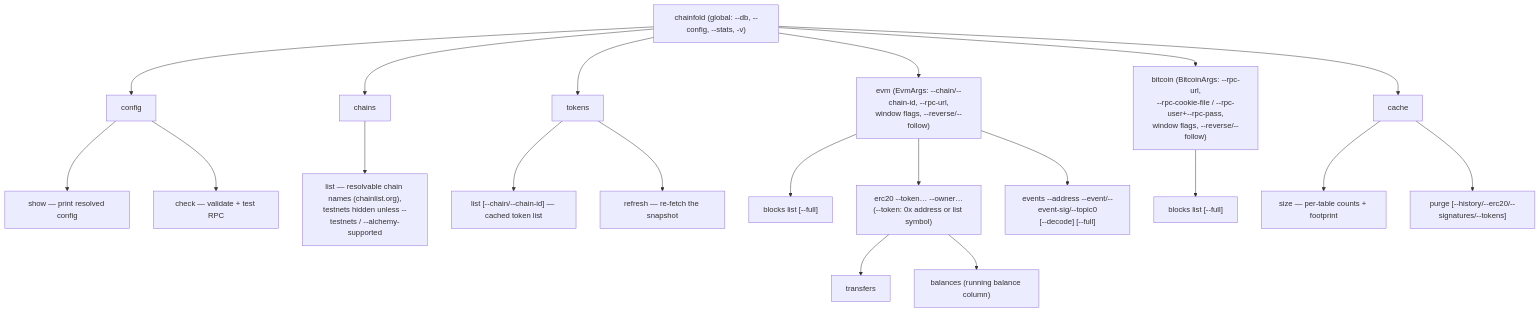
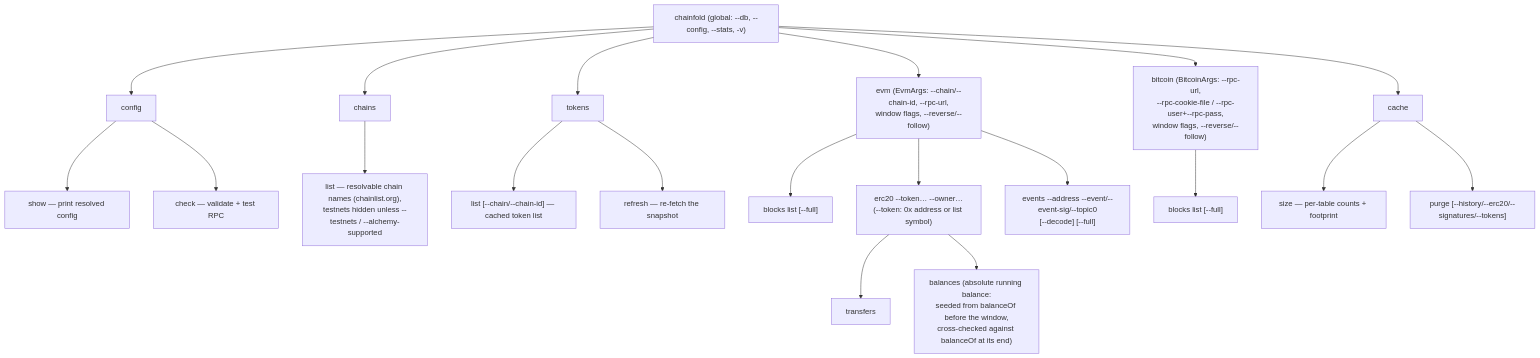
One commit to nikicat/chainfold changed diagram 12 of 12 in docs/ARCHITECTURE.md. Above: the diagram before and after it, drawn with Mermaid. The commit also changed other lines of this file and 4 other files, not shown here.

First line of the commit message:
fix(cli): seed the erc20 balance fold with the on-chain opening balance

````diff
--- a/docs/ARCHITECTURE.md
+++ b/docs/ARCHITECTURE.md
@@ -1388,23 +1388,23 @@
 ```mermaid
 flowchart TB
     root["chainfold (global: --db, --config, --stats, -v)"]
     root --> config["config"]
     root --> chains["chains"]
     root --> tokenscmd["tokens"]
     root --> evm["evm (EvmArgs: --chain/--chain-id, --rpc-url,<br/>window flags, --reverse/--follow)"]
     root --> bitcoin["bitcoin (BitcoinArgs: --rpc-url,<br/>--rpc-cookie-file / --rpc-user+--rpc-pass,<br/>window flags, --reverse/--follow)"]
     root --> cachecmd["cache"]
     config --> cshow["show — print resolved config"]
     config --> ccheck["check — validate + test RPC"]
     chains --> clist["list — resolvable chain names (chainlist.org),<br/>testnets hidden unless --testnets / --alchemy-supported"]
     tokenscmd --> tlist["list [--chain/--chain-id] — cached token list"]
     tokenscmd --> trefresh["refresh — re-fetch the snapshot"]
     evm --> eblocks["blocks list [--full]"]
     evm --> erc20["erc20 --token… --owner…<br/>(--token: 0x address or list symbol)"]
     evm --> events["events --address --event/--event-sig/--topic0<br/>[--decode] [--full]"]
     bitcoin --> bblocks["blocks list [--full]"]
     cachecmd --> csize["size — per-table counts + footprint"]
     cachecmd --> cpurge["purge [--history/--erc20/--signatures/--tokens]"]
     erc20 --> transfers["transfers"]
-    erc20 --> balances["balances (running balance column)"]
+    erc20 --> balances["balances (absolute running balance:<br/>seeded from balanceOf before the window,<br/>cross-checked against balanceOf at its end)"]
 ```
````
